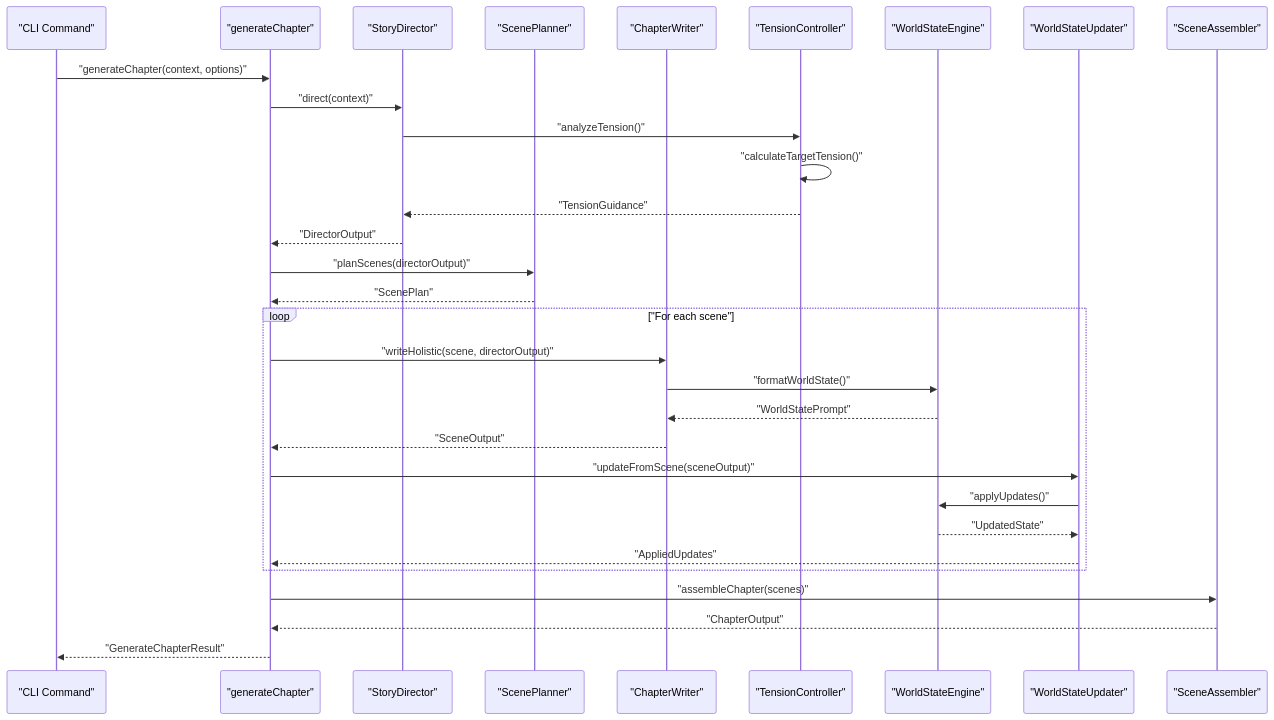
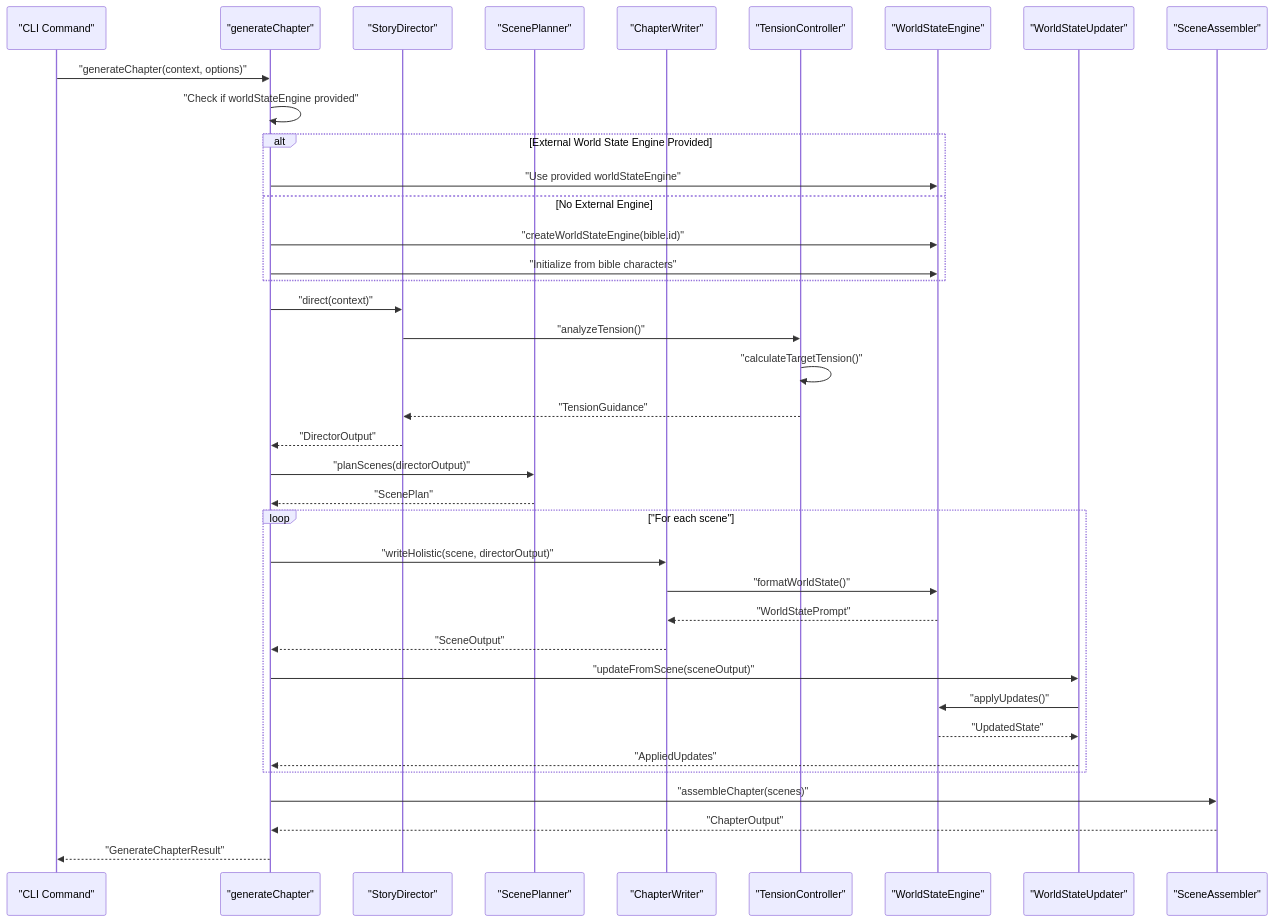
One commit to liwonder/NARRITIVE_OS changed the second of 4 diagrams in .qoder/repowiki/en/content/Engine Architecture/Generation Pipeline.md. Above: the diagram before and after it, drawn with Mermaid. The commit also changed other lines of this file and 78 other files, not shown here.

````diff
--- a/.qoder/repowiki/en/content/Engine Architecture/Generation Pipeline.md
+++ b/.qoder/repowiki/en/content/Engine Architecture/Generation Pipeline.md
@@ -146,33 +153,40 @@
 ```mermaid
 sequenceDiagram
 participant CLI as "CLI Command"
 participant Engine as "generateChapter"
 participant Director as "StoryDirector"
 participant Planner as "ScenePlanner"
 participant Writer as "ChapterWriter"
 participant Tension as "TensionController"
 participant World as "WorldStateEngine"
 participant Updater as "WorldStateUpdater"
 participant Assembler as "SceneAssembler"
 CLI->>Engine : "generateChapter(context, options)"
+Engine->>Engine : "Check if worldStateEngine provided"
+alt External World State Engine Provided
+Engine->>World : "Use provided worldStateEngine"
+else No External Engine
+Engine->>World : "createWorldStateEngine(bible.id)"
+Engine->>World : "Initialize from bible characters"
+end
 Engine->>Director : "direct(context)"
 Director->>Tension : "analyzeTension()"
 Tension->>Tension : "calculateTargetTension()"
 Tension-->>Director : "TensionGuidance"
 Director-->>Engine : "DirectorOutput"
 Engine->>Planner : "planScenes(directorOutput)"
 Planner-->>Engine : "ScenePlan"
 loop "For each scene"
 Engine->>Writer : "writeHolistic(scene, directorOutput)"
 Writer->>World : "formatWorldState()"
 World-->>Writer : "WorldStatePrompt"
 Writer-->>Engine : "SceneOutput"
 Engine->>Updater : "updateFromScene(sceneOutput)"
 Updater->>World : "applyUpdates()"
 World-->>Updater : "UpdatedState"
 Updater-->>Engine : "AppliedUpdates"
 end
 Engine->>Assembler : "assembleChapter(scenes)"
 Assembler-->>Engine : "ChapterOutput"
 Engine-->>CLI : "GenerateChapterResult"
 ```
````
